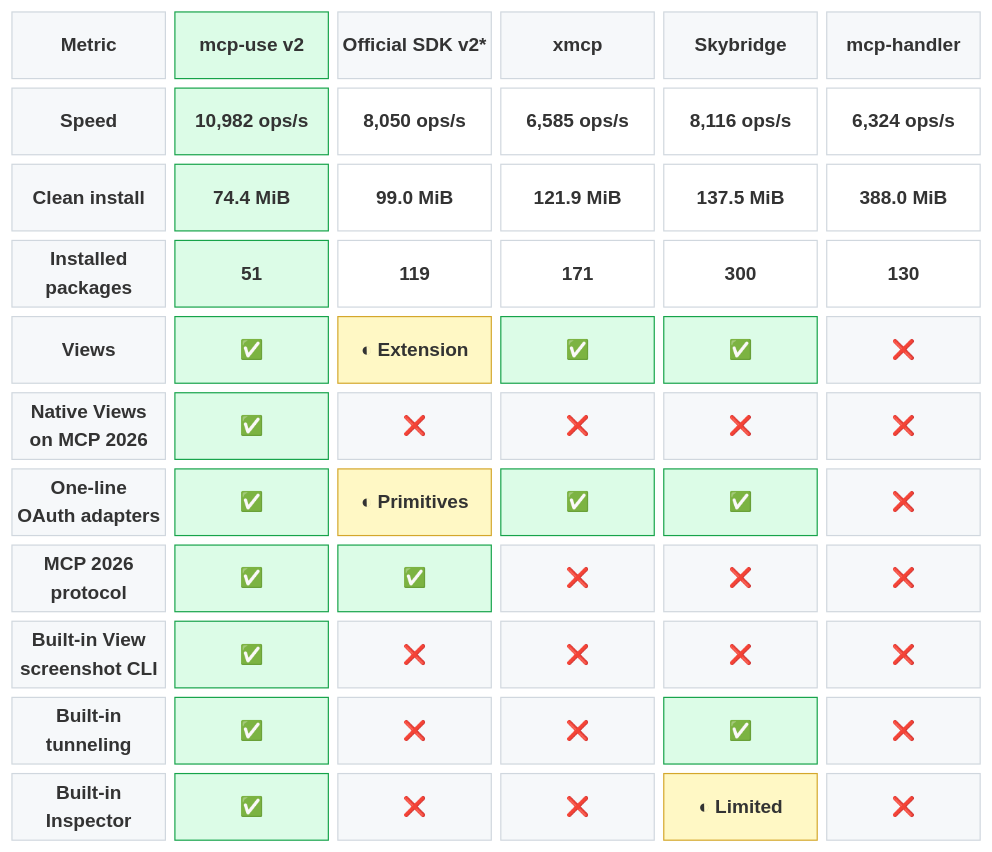
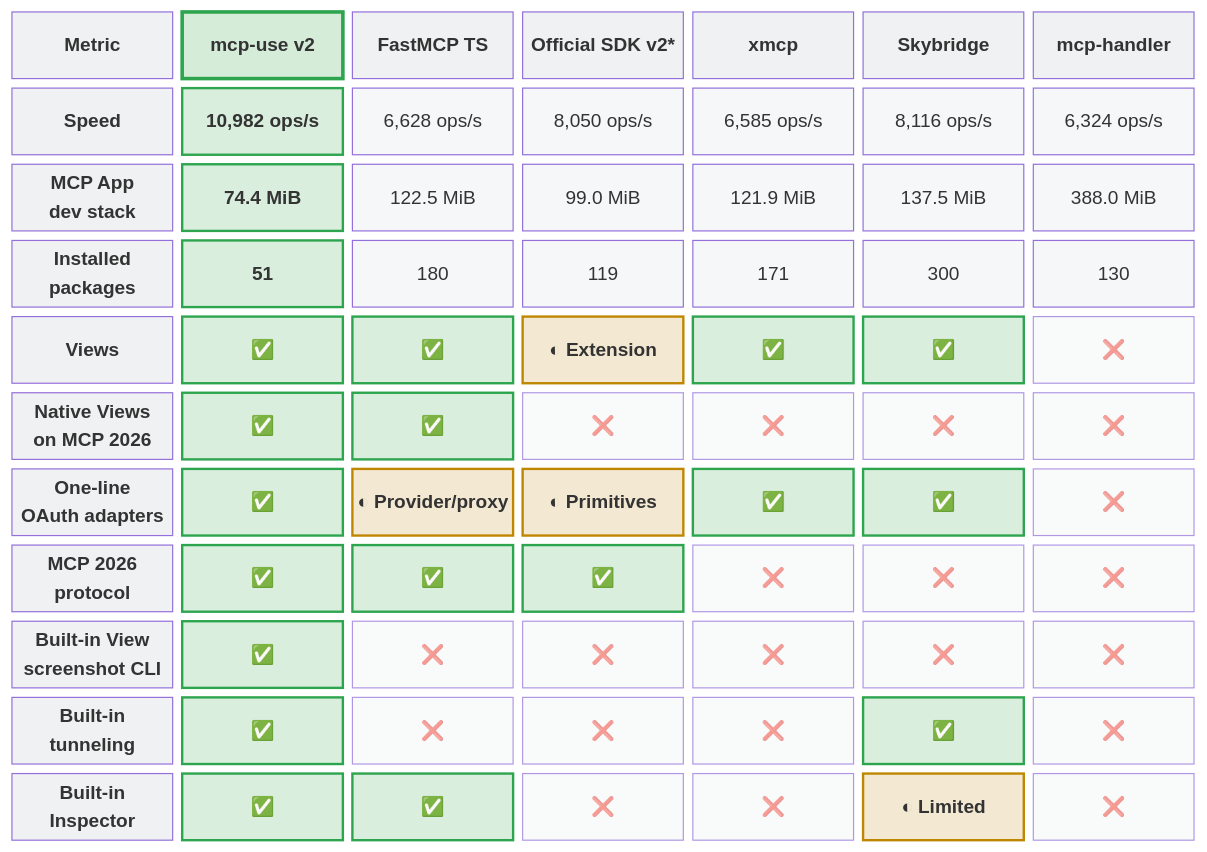
The diagram in README.md (mcp-use/mcp-use), drawn with Mermaid before and after one commit. The commit also changed other lines of this file and 1 other file, not shown here.

Commit message:
docs: compare FastMCP TypeScript (#2060)
* docs: compare FastMCP TypeScript

* docs: unify FastMCP benchmark matrix

* docs: preserve existing benchmark scores

* docs: compare equivalent MCP App stacks

* Update benchmark.md

---------

````diff
--- a/README.md
+++ b/README.md
@@ -280,33 +280,33 @@
 ```mermaid
 block-beta
-  columns 6
+  columns 7
 
-  metric["Metric"] mcp["mcp-use v2"] official["Official SDK v2*"] xmcp["xmcp"] skybridge["Skybridge"] handler["mcp-handler"]
+  metric["Metric"] mcp["mcp-use v2"] fastmcp["FastMCP TS"] official["Official SDK v2*"] xmcp["xmcp"] skybridge["Skybridge"] handler["mcp-handler"]
 
-  speed["Speed"] speedMcp["10,982 ops/s"] speedOfficial["8,050 ops/s"] speedXmcp["6,585 ops/s"] speedSkybridge["8,116 ops/s"] speedHandler["6,324 ops/s"]
-  install["Clean install"] installMcp["74.4 MiB"] installOfficial["99.0 MiB"] installXmcp["121.9 MiB"] installSkybridge["137.5 MiB"] installHandler["388.0 MiB"]
-  packages["Installed<br/>packages"] packagesMcp["51"] packagesOfficial["119"] packagesXmcp["171"] packagesSkybridge["300"] packagesHandler["130"]
-  views["Views"] viewsMcp["✅"] viewsOfficial["◐ Extension"] viewsXmcp["✅"] viewsSkybridge["✅"] viewsHandler["❌"]
-  nativeViews["Native Views<br/>on MCP 2026"] nativeViewsMcp["✅"] nativeViewsOfficial["❌"] nativeViewsXmcp["❌"] nativeViewsSkybridge["❌"] nativeViewsHandler["❌"]
-  oauth["One-line<br/>OAuth adapters"] oauthMcp["✅"] oauthOfficial["◐ Primitives"] oauthXmcp["✅"] oauthSkybridge["✅"] oauthHandler["❌"]
-  protocol["MCP 2026<br/>protocol"] protocolMcp["✅"] protocolOfficial["✅"] protocolXmcp["❌"] protocolSkybridge["❌"] protocolHandler["❌"]
-  screenshot["Built-in View<br/>screenshot CLI"] screenshotMcp["✅"] screenshotOfficial["❌"] screenshotXmcp["❌"] screenshotSkybridge["❌"] screenshotHandler["❌"]
-  tunnel["Built-in<br/>tunneling"] tunnelMcp["✅"] tunnelOfficial["❌"] tunnelXmcp["❌"] tunnelSkybridge["✅"] tunnelHandler["❌"]
-  inspector["Built-in<br/>Inspector"] inspectorMcp["✅"] inspectorOfficial["❌"] inspectorXmcp["❌"] inspectorSkybridge["◐ Limited"] inspectorHandler["❌"]
+  speed["Speed"] speedMcp["10,982 ops/s"] speedFast["6,628 ops/s"] speedOfficial["8,050 ops/s"] speedXmcp["6,585 ops/s"] speedSkybridge["8,116 ops/s"] speedHandler["6,324 ops/s"]
+  install["MCP App<br/>dev stack"] installMcp["74.4 MiB"] installFast["122.5 MiB"] installOfficial["99.0 MiB"] installXmcp["121.9 MiB"] installSkybridge["137.5 MiB"] installHandler["388.0 MiB"]
+  packages["Installed<br/>packages"] packagesMcp["51"] packagesFast["180"] packagesOfficial["119"] packagesXmcp["171"] packagesSkybridge["300"] packagesHandler["130"]
+  views["Views"] viewsMcp["✅"] viewsFast["✅"] viewsOfficial["◐ Extension"] viewsXmcp["✅"] viewsSkybridge["✅"] viewsHandler["❌"]
+  nativeViews["Native Views<br/>on MCP 2026"] nativeViewsMcp["✅"] nativeViewsFast["✅"] nativeViewsOfficial["❌"] nativeViewsXmcp["❌"] nativeViewsSkybridge["❌"] nativeViewsHandler["❌"]
+  oauth["One-line<br/>OAuth adapters"] oauthMcp["✅"] oauthFast["◐ Provider/proxy"] oauthOfficial["◐ Primitives"] oauthXmcp["✅"] oauthSkybridge["✅"] oauthHandler["❌"]
+  protocol["MCP 2026<br/>protocol"] protocolMcp["✅"] protocolFast["✅"] protocolOfficial["✅"] protocolXmcp["❌"] protocolSkybridge["❌"] protocolHandler["❌"]
+  screenshot["Built-in View<br/>screenshot CLI"] screenshotMcp["✅"] screenshotFast["❌"] screenshotOfficial["❌"] screenshotXmcp["❌"] screenshotSkybridge["❌"] screenshotHandler["❌"]
+  tunnel["Built-in<br/>tunneling"] tunnelMcp["✅"] tunnelFast["❌"] tunnelOfficial["❌"] tunnelXmcp["❌"] tunnelSkybridge["✅"] tunnelHandler["❌"]
+  inspector["Built-in<br/>Inspector"] inspectorMcp["✅"] inspectorFast["✅"] inspectorOfficial["❌"] inspectorXmcp["❌"] inspectorSkybridge["◐ Limited"] inspectorHandler["❌"]
 
-  classDef label fill:#f6f8fa,stroke:#d0d7de,color:#1f2328,font-weight:bold
-  classDef brand fill:#dcfce7,stroke:#16a34a,color:#166534,font-weight:bold
-  classDef header fill:#f6f8fa,stroke:#d0d7de,color:#1f2328,font-weight:bold
-  classDef value fill:#ffffff,stroke:#d0d7de,color:#1f2328
-  classDef leader fill:#dcfce7,stroke:#16a34a,color:#166534,font-weight:bold
-  classDef partial fill:#fff8c5,stroke:#d4a72c,color:#633c01,font-weight:bold
-  classDef unavailable fill:#f6f8fa,stroke:#d0d7de,color:#6e7781
+  classDef metricLabel fill:#6e76811a,font-weight:bold
+  classDef brand fill:#2ea04333,stroke:#2da44e,stroke-width:3px,font-weight:bold
+  classDef header fill:#6e76811a,font-weight:bold
+  classDef value fill:#6e76810f,stroke-width:1px
+  classDef leader fill:#2ea0432e,stroke:#2da44e,stroke-width:2px,font-weight:bold
+  classDef partial fill:#bb80092e,stroke:#bf8700,stroke-width:2px,font-weight:bold
+  classDef unavailable fill:#6e76810f,opacity:0.72
 
-  class metric,speed,install,packages,views,nativeViews,oauth,protocol,screenshot,tunnel,inspector label
+  class metric,speed,install,packages,views,nativeViews,oauth,protocol,screenshot,tunnel,inspector metricLabel
   class mcp brand
-  class official,xmcp,skybridge,handler header
-  class speedOfficial,speedXmcp,speedSkybridge,speedHandler,installOfficial,installXmcp,installSkybridge,installHandler,packagesOfficial,packagesXmcp,packagesSkybridge,packagesHandler value
-  class speedMcp,installMcp,packagesMcp,viewsMcp,viewsXmcp,viewsSkybridge,nativeViewsMcp,oauthMcp,oauthXmcp,oauthSkybridge,protocolMcp,protocolOfficial,screenshotMcp,tunnelMcp,tunnelSkybridge,inspectorMcp leader
-  class viewsOfficial,oauthOfficial,inspectorSkybridge partial
-  class viewsHandler,nativeViewsOfficial,nativeViewsXmcp,nativeViewsSkybridge,nativeViewsHandler,oauthHandler,protocolXmcp,protocolSkybridge,protocolHandler,screenshotOfficial,screenshotXmcp,screenshotSkybridge,screenshotHandler,tunnelOfficial,tunnelXmcp,tunnelHandler,inspectorOfficial,inspectorXmcp,inspectorHandler unavailable
+  class fastmcp,official,xmcp,skybridge,handler header
+  class speedFast,speedOfficial,speedXmcp,speedSkybridge,speedHandler,installFast,installOfficial,installXmcp,installSkybridge,installHandler,packagesFast,packagesOfficial,packagesXmcp,packagesSkybridge,packagesHandler value
+  class speedMcp,installMcp,packagesMcp,viewsMcp,viewsFast,viewsXmcp,viewsSkybridge,nativeViewsMcp,nativeViewsFast,oauthMcp,oauthXmcp,oauthSkybridge,protocolMcp,protocolFast,protocolOfficial,screenshotMcp,tunnelMcp,tunnelSkybridge,inspectorMcp,inspectorFast leader
+  class oauthFast,viewsOfficial,oauthOfficial,inspectorSkybridge partial
+  class viewsHandler,nativeViewsOfficial,nativeViewsXmcp,nativeViewsSkybridge,nativeViewsHandler,oauthHandler,protocolXmcp,protocolSkybridge,protocolHandler,screenshotFast,screenshotOfficial,screenshotXmcp,screenshotSkybridge,screenshotHandler,tunnelFast,tunnelOfficial,tunnelXmcp,tunnelHandler,inspectorOfficial,inspectorXmcp,inspectorHandler unavailable
 ```
````
